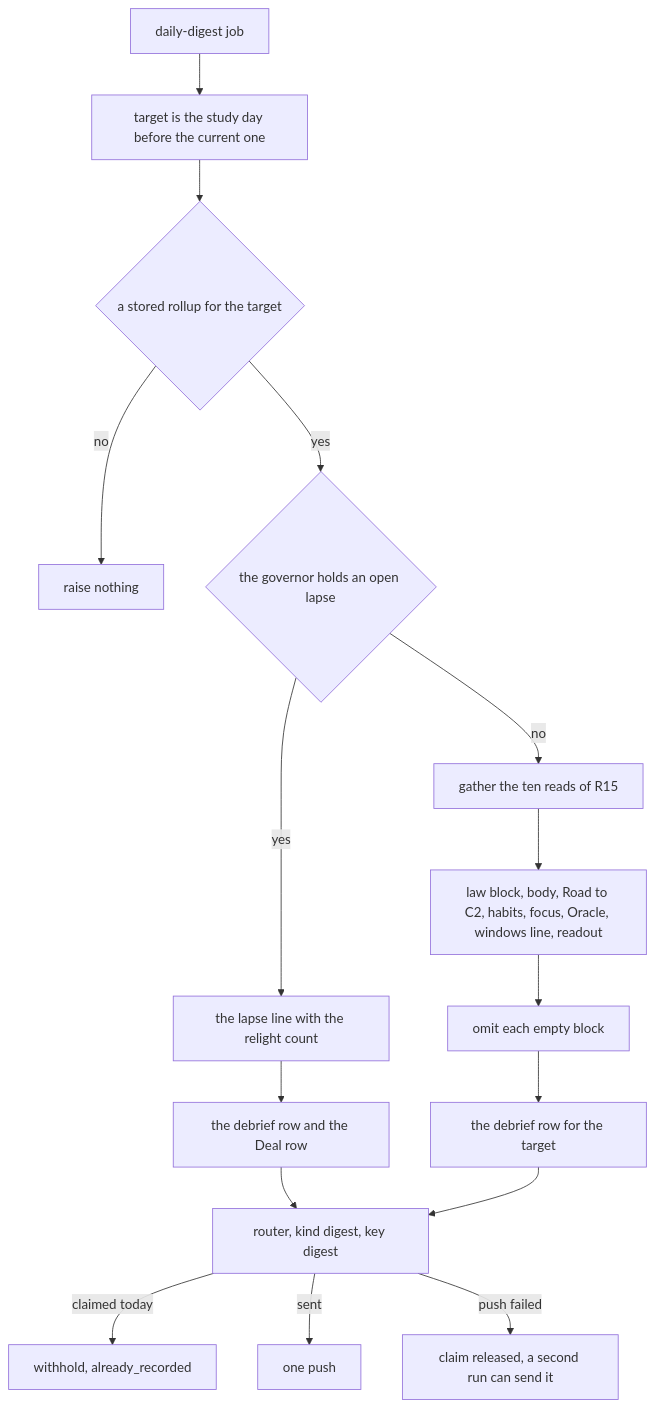
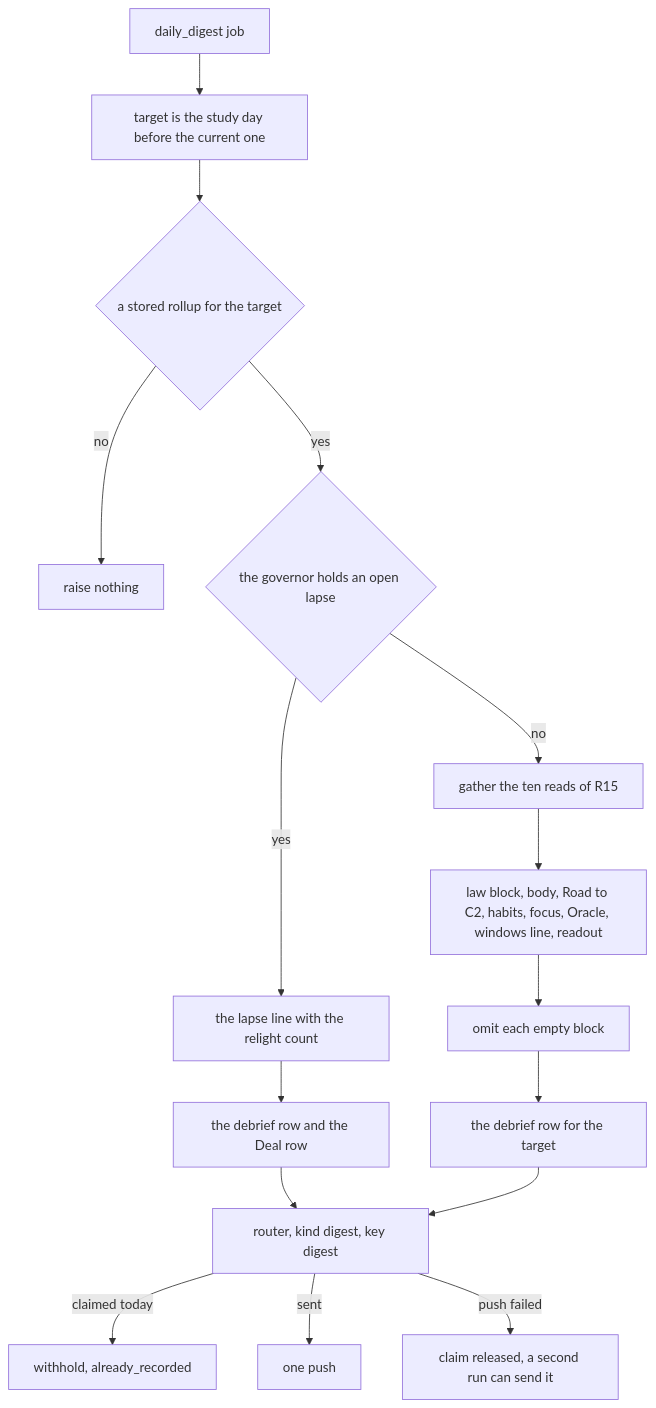
One commit to RexRenatus/deck-streak changed the first of 3 diagrams in docs/schematics/digest-and-weekly-report.md. Above: the diagram before and after it, drawn with Mermaid. The commit also changed other lines of this file and 7 other files, not shown here.

````diff
--- a/docs/schematics/digest-and-weekly-report.md
+++ b/docs/schematics/digest-and-weekly-report.md
@@ -22,18 +22,18 @@
 ```mermaid
 flowchart TD
-  J[daily-digest job] --> T[target is the study day before the current one]
+  J[daily_digest job] --> T[target is the study day before the current one]
   T --> R{a stored rollup for the target}
   R -- no --> N[raise nothing]
   R -- yes --> L{the governor holds an open lapse}
   L -- yes --> LP[the lapse line with the relight count]
   LP --> LK[the debrief row and the Deal row]
   L -- no --> G[gather the ten reads of R15]
   G --> C[law block, body, Road to C2, habits, focus, Oracle, windows line, readout]
   C --> O[omit each empty block]
   O --> DK[the debrief row for the target]
   LK --> RT[router, kind digest, key digest]
   DK --> RT
   RT -- claimed today --> W[withhold, already_recorded]
   RT -- sent --> S[one push]
   RT -- push failed --> F[claim released, a second run can send it]
 ```
````
